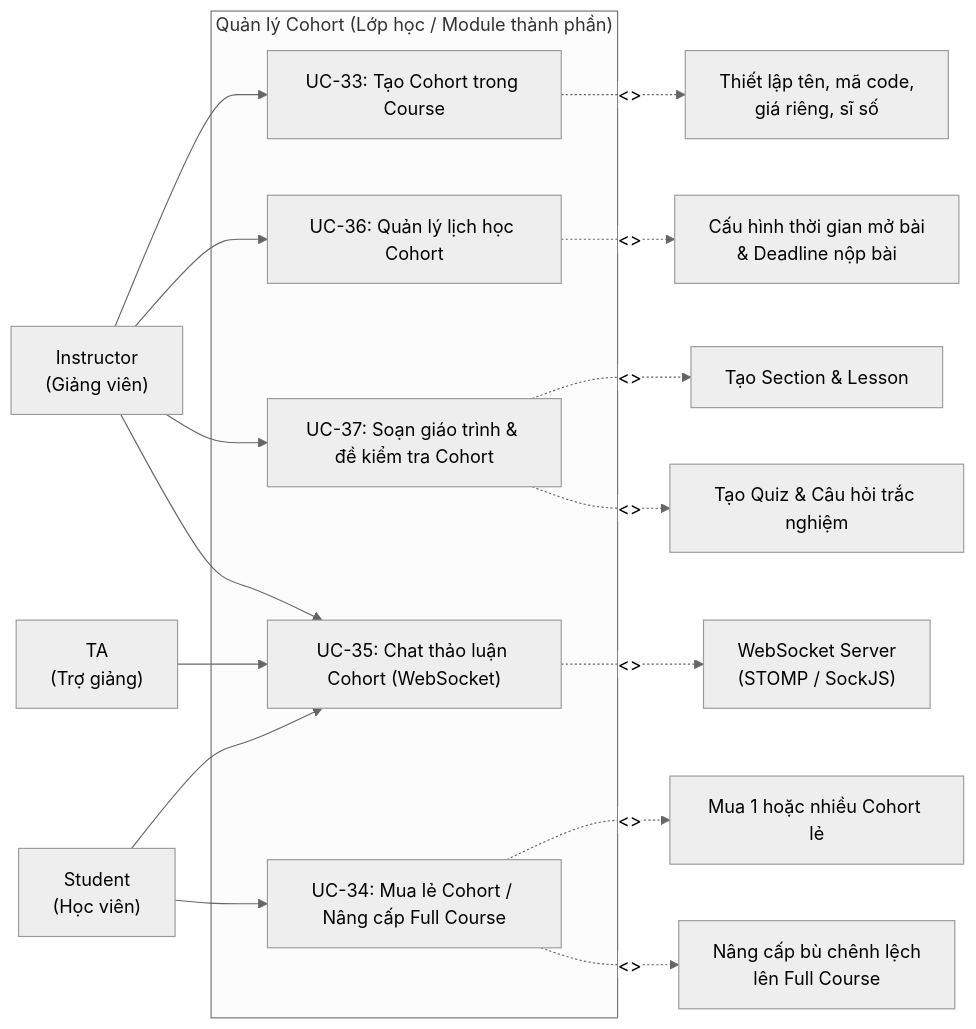
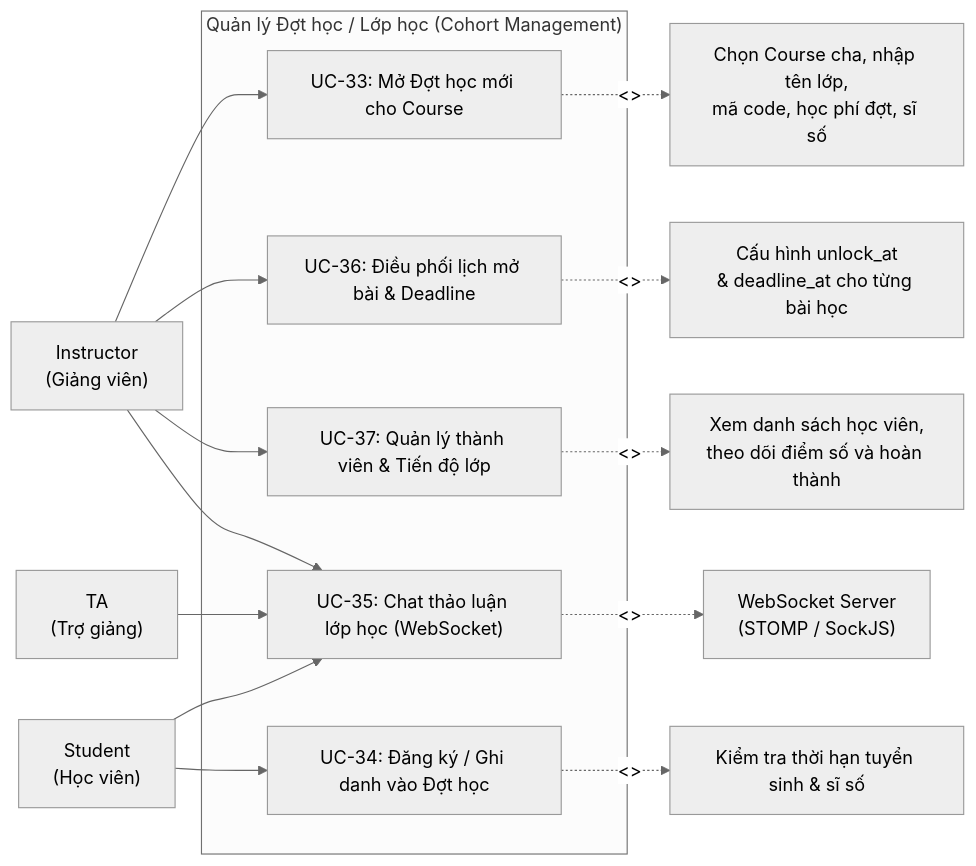
One commit to TienNguyen23-12/utelearn-platform changed the second of 3 diagrams in utelearn/docs/usecases/UC08_QuanLyLopHocDot.md. Above: the diagram before and after it, drawn with Mermaid (neutral theme). The commit also changed other lines of this file and 17 other files, not shown here.

Commit message:
feat(cohort): support individual cohort and full course enrollment

````diff
--- a/utelearn/docs/usecases/UC08_QuanLyLopHocDot.md
+++ b/utelearn/docs/usecases/UC08_QuanLyLopHocDot.md
@@ -34,30 +35,28 @@
 ```mermaid
 graph LR
     Instructor["Instructor<br/>(Giảng viên)"]
     Student["Student<br/>(Học viên)"]
     TA["TA<br/>(Trợ giảng)"]
 
-    subgraph UC_Cohort["Quản lý Cohort (Lớp học / Module thành phần)"]
-        UC33["UC-33: Tạo Cohort trong Course"]
-        UC34["UC-34: Mua lẻ Cohort / Nâng cấp Full Course"]
-        UC35["UC-35: Chat thảo luận Cohort (WebSocket)"]
-        UC36["UC-36: Quản lý lịch học Cohort"]
-        UC37["UC-37: Soạn giáo trình & đề kiểm tra Cohort"]
+    subgraph UC_Cohort["Quản lý Đợt học / Lớp học (Cohort Management)"]
+        UC33["UC-33: Mở Đợt học mới cho Course"]
+        UC34["UC-34: Đăng ký / Ghi danh vào Đợt học"]
+        UC35["UC-35: Chat thảo luận lớp học (WebSocket)"]
+        UC36["UC-36: Điều phối lịch mở bài & Deadline"]
+        UC37["UC-37: Quản lý thành viên & Tiến độ lớp"]
     end
 
     Instructor --> UC33
     Instructor --> UC36
     Instructor --> UC37
     Student --> UC34
     Student --> UC35
     TA --> UC35
     Instructor --> UC35
 
-    UC33 -.->|"<<includes>>"| UC33a["Thiết lập tên, mã code,<br/>giá riêng, sĩ số"]
-    UC34 -.->|"<<extends>>"| UC34a["Mua 1 hoặc nhiều Cohort lẻ"]
-    UC34 -.->|"<<extends>>"| UC34b["Nâng cấp bù chênh lệch<br/>lên Full Course"]
+    UC33 -.->|"<<includes>>"| UC33a["Chọn Course cha, nhập tên lớp,<br/>mã code, học phí đợt, sĩ số"]
+    UC34 -.->|"<<includes>>"| UC34a["Kiểm tra thời hạn tuyển sinh & sĩ số"]
     UC35 -.->|"<<uses>>"| WSS["WebSocket Server<br/>(STOMP / SockJS)"]
-    UC36 -.->|"<<includes>>"| UC36a["Cấu hình thời gian mở bài<br/>& Deadline nộp bài"]
-    UC37 -.->|"<<includes>>"| UC37a["Tạo Section & Lesson"]
-    UC37 -.->|"<<includes>>"| UC37b["Tạo Quiz & Câu hỏi trắc nghiệm"]
+    UC36 -.->|"<<includes>>"| UC36a["Cấu hình unlock_at<br/>& deadline_at cho từng bài học"]
+    UC37 -.->|"<<includes>>"| UC37a["Xem danh sách học viên,<br/>theo dõi điểm số và hoàn thành"]
 ```
````
